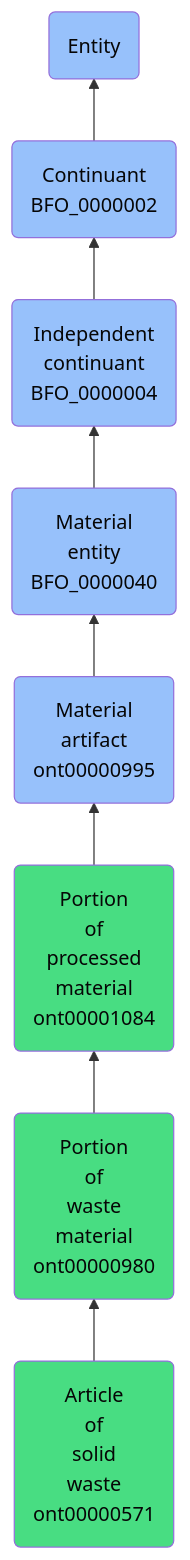
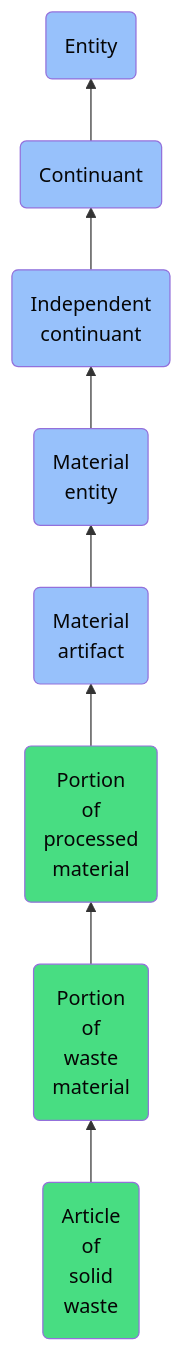
The diagram in docs/ontology/reference/model/Entity/Continuant/Independent continuant/Material entity/Material artifact/Portion of processed material/Portion of waste material/Article of solid waste/Article of solid waste.md (jupyter-naas/abi), drawn with Mermaid before and after one commit. The commit also changed other lines of this file and 1430 other files, not shown here.

````diff
--- a/docs/ontology/reference/model/Entity/Continuant/Independent continuant/Material entity/Material artifact/Portion of processed material/Portion of waste material/Article of solid waste/Article of solid waste.md
+++ b/docs/ontology/reference/model/Entity/Continuant/Independent continuant/Material entity/Material artifact/Portion of processed material/Portion of waste material/Article of solid waste/Article of solid waste.md
@@ -24,15 +24,15 @@
 ```mermaid
 graph BT
-    ont00000571(Article<br>of<br>solid<br>waste<br>ont00000571):::ABI-->ont00000980
-    ont00000980(Portion<br>of<br>waste<br>material<br>ont00000980):::ABI-->ont00001084
-    ont00001084(Portion<br>of<br>processed<br>material<br>ont00001084):::ABI-->ont00000995
-    ont00000995(Material<br>artifact<br>ont00000995):::BFO-->BFO_0000040
-    BFO_0000040(Material<br>entity<br>BFO_0000040):::BFO-->BFO_0000004
-    BFO_0000004(Independent<br>continuant<br>BFO_0000004):::BFO-->BFO_0000002
-    BFO_0000002(Continuant<br>BFO_0000002):::BFO-->BFO_0000001
+    ont00000571(Article<br>of<br>solid<br>waste):::ABI-->ont00000980
+    ont00000980(Portion<br>of<br>waste<br>material):::ABI-->ont00001084
+    ont00001084(Portion<br>of<br>processed<br>material):::ABI-->ont00000995
+    ont00000995(Material<br>artifact):::BFO-->BFO_0000040
+    BFO_0000040(Material<br>entity):::BFO-->BFO_0000004
+    BFO_0000004(Independent<br>continuant):::BFO-->BFO_0000002
+    BFO_0000002(Continuant):::BFO-->BFO_0000001
     BFO_0000001(Entity):::BFO
     
     classDef BFO fill:#97c1fb,color:#060606
     classDef CCO fill:#e4c51e,color:#060606
     classDef ABI fill:#48DD82,color:#060606
 ```
````
